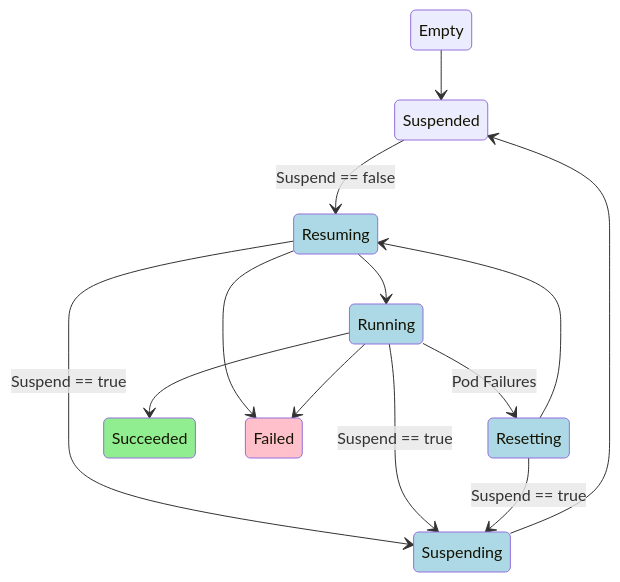
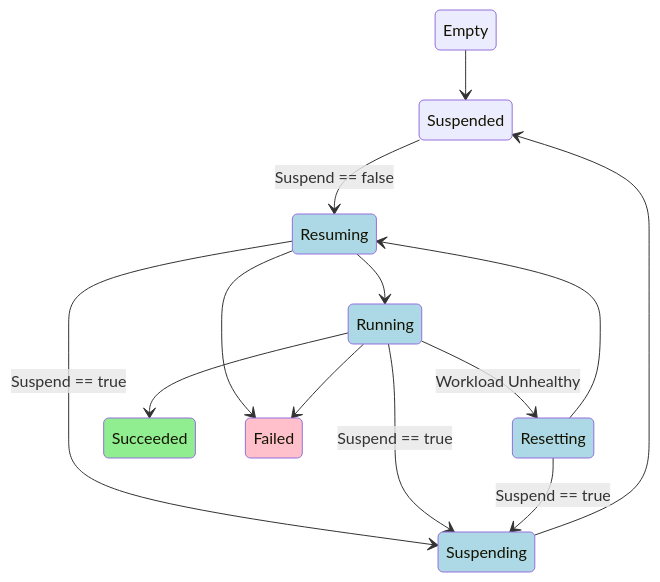
The diagram in docs/state-diagram.md (project-codeflare/appwrapper), drawn with Mermaid before and after one commit.

````diff
--- a/docs/state-diagram.md
+++ b/docs/state-diagram.md
@@ -19,42 +19,42 @@
 ```mermaid
 stateDiagram-v2
     e : Empty
 
     sd : Suspended
     rs : Resuming
     rn : Running
     rt : Resetting
     sg : Suspending
     s  : Succeeded
     f  : Failed
 
     %% Happy Path
     e --> sd
     sd --> rs : Suspend == false
     rs --> rn
     rn --> s
 
     %% Requeuing
     rs --> sg : Suspend == true
     rn --> sg : Suspend == true
     rt --> sg : Suspend == true
     sg --> sd
 
     %% Failures
     rs --> f
     rn --> f
-    rn --> rt : Pod Failures
+    rn --> rt : Workload Unhealthy
     rt --> rs
 
     classDef quota fill:lightblue
     class rs quota
     class rn quota
     class rt quota
     class sg quota
 
     classDef failed fill:pink
     class f failed
 
     classDef succeeded fill:lightgreen
     class s succeeded
 ```
````
